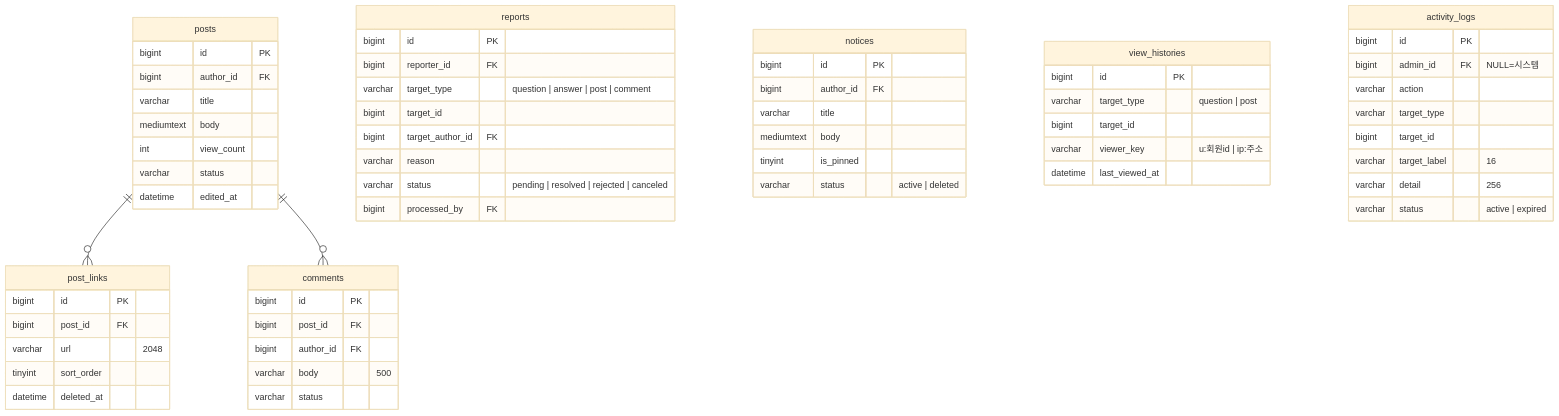
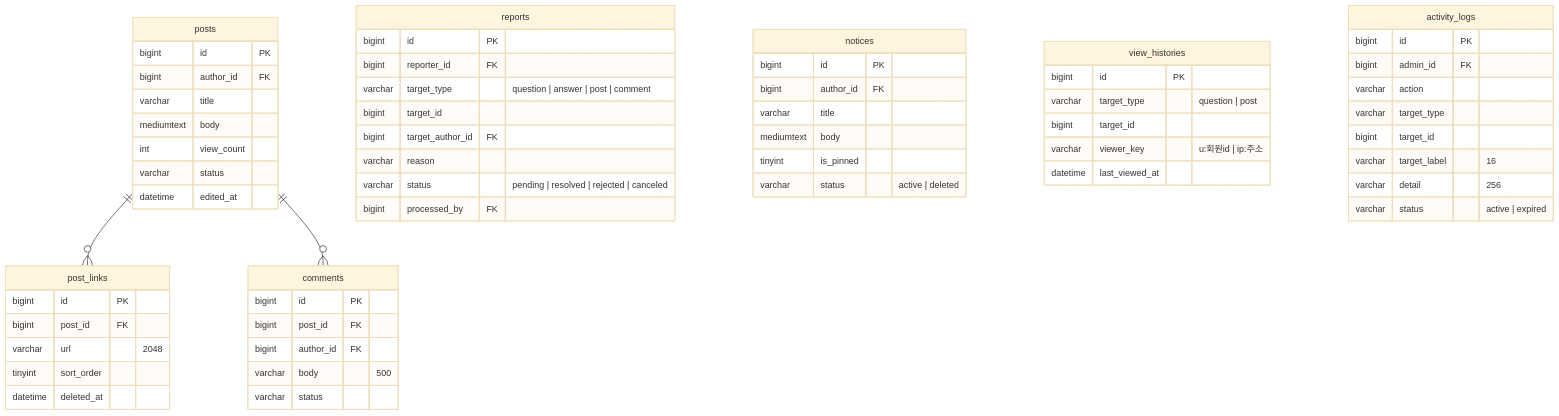
One commit to likelion-backendschool-11st/basic-project-1team changed the fourth of 4 diagrams in docs/04-db-design.md. Above: the diagram before and after it, drawn with Mermaid (base theme). The commit also changed other lines of this file and 5 other files, not shown here.

````diff
--- a/docs/04-db-design.md
+++ b/docs/04-db-design.md
@@ -230,63 +229,63 @@
 ```mermaid
 erDiagram
     posts {
         bigint id PK
         bigint author_id FK
         varchar title
         mediumtext body
         int view_count
         varchar status
         datetime edited_at
     }
     post_links {
         bigint id PK
         bigint post_id FK
         varchar url "2048"
         tinyint sort_order
         datetime deleted_at
     }
     comments {
         bigint id PK
         bigint post_id FK
         bigint author_id FK
         varchar body "500"
         varchar status
     }
     reports {
         bigint id PK
         bigint reporter_id FK
         varchar target_type "question | answer | post | comment"
         bigint target_id
         bigint target_author_id FK
         varchar reason
         varchar status "pending | resolved | rejected | canceled"
         bigint processed_by FK
     }
     notices {
         bigint id PK
         bigint author_id FK
         varchar title
         mediumtext body
         tinyint is_pinned
         varchar status "active | deleted"
     }
     view_histories {
         bigint id PK
         varchar target_type "question | post"
         bigint target_id
         varchar viewer_key "u:회원id | ip:주소"
         datetime last_viewed_at
     }
     activity_logs {
         bigint id PK
-        bigint admin_id FK "NULL=시스템"
+        bigint admin_id FK
         varchar action
         varchar target_type
         bigint target_id
         varchar target_label "16"
         varchar detail "256"
         varchar status "active | expired"
     }
     posts ||--o{ post_links : ""
     posts ||--o{ comments : ""
 ```
````
